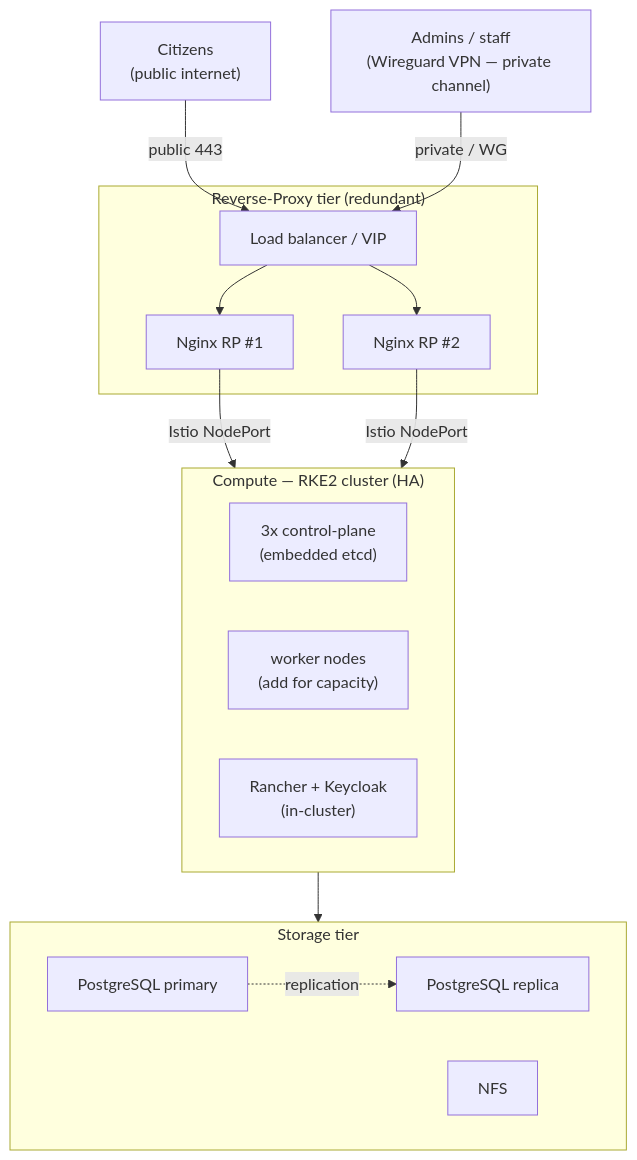
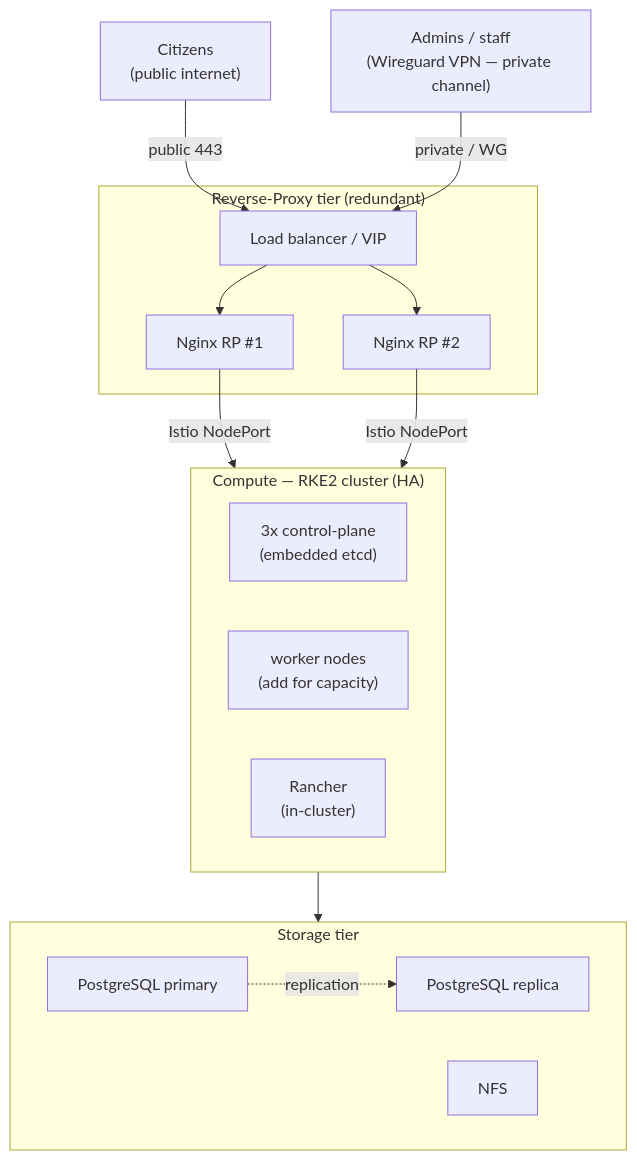
One commit to OpenG2P/openg2p-documentation changed the first of 2 diagrams in deployment/openg2p-deployment-model.md. Above: the diagram before and after it, drawn with Mermaid. The commit also changed other lines of this file and 1 other file, not shown here.

````diff
--- a/deployment/openg2p-deployment-model.md
+++ b/deployment/openg2p-deployment-model.md
@@ -61,30 +61,30 @@
 ```mermaid
 flowchart TB
     citizens["Citizens<br/>(public internet)"]
     admins["Admins / staff<br/>(Wireguard VPN — private channel)"]
 
     subgraph RP["Reverse-Proxy tier (redundant)"]
         lb["Load balancer / VIP"]
         rp1["Nginx RP #1"]
         rp2["Nginx RP #2"]
     end
 
     subgraph K8S["Compute — RKE2 cluster (HA)"]
         cp["3x control-plane<br/>(embedded etcd)"]
         wk["worker nodes<br/>(add for capacity)"]
-        rk["Rancher + Keycloak<br/>(in-cluster)"]
+        rk["Rancher<br/>(in-cluster)"]
     end
 
     subgraph STORE["Storage tier"]
         pgp["PostgreSQL primary"]
         pgr["PostgreSQL replica"]
         nfs["NFS"]
     end
 
     citizens -->|"public 443"| lb
     admins -->|"private / WG"| lb
     lb --> rp1 & rp2
     rp1 & rp2 -->|"Istio NodePort"| K8S
     K8S --> STORE
     pgp -. replication .-> pgr
 ```
````
